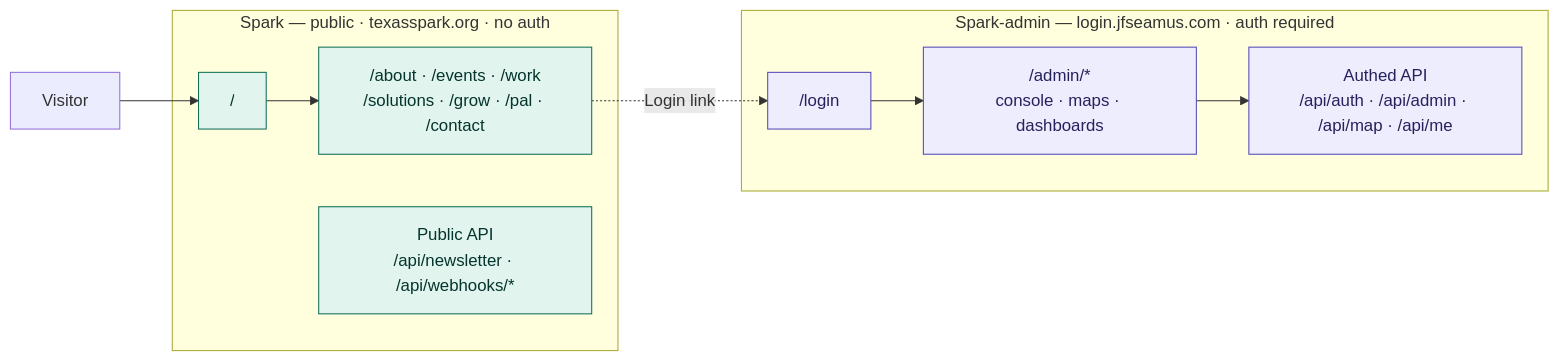
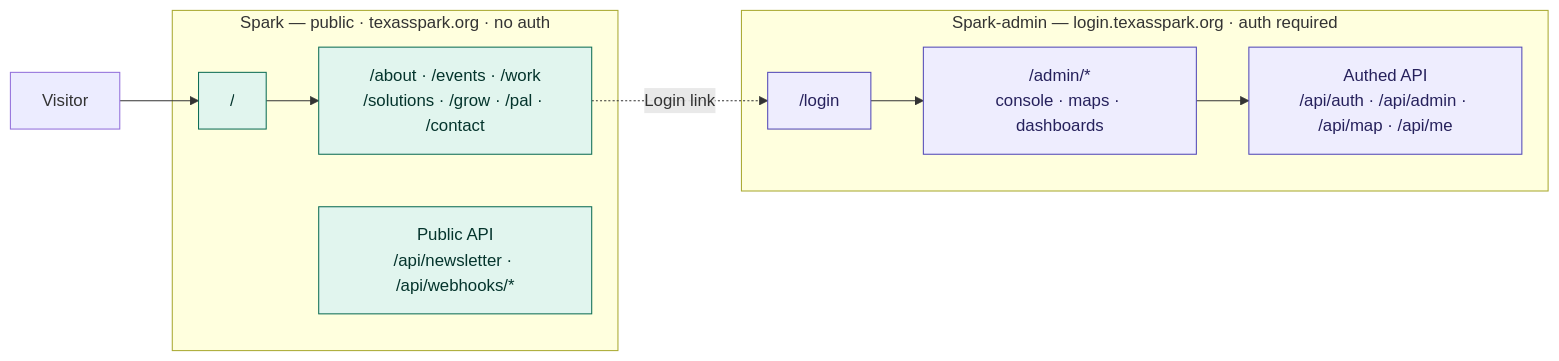
The diagram in docs/sitemap.md (b59-studio/spark), drawn with Mermaid before and after one commit. The commit also changed other lines of this file and 20 other files, not shown here.

````diff
--- a/docs/sitemap.md
+++ b/docs/sitemap.md
@@ -14,27 +14,27 @@
 ```mermaid
 graph LR
     visitor[Visitor]
 
     subgraph spark["Spark — public · texasspark.org · no auth"]
         home["/"]
         marketing["/about · /events · /work<br/>/solutions · /grow · /pal · /contact"]
         papi["Public API<br/>/api/newsletter · /api/webhooks/*"]
     end
 
-    subgraph admin["Spark-admin — login.jfseamus.com · auth required"]
+    subgraph admin["Spark-admin — login.texasspark.org · auth required"]
         login["/login"]
         console["/admin/*<br/>console · maps · dashboards"]
         aapi["Authed API<br/>/api/auth · /api/admin · /api/map · /api/me"]
     end
 
     visitor --> home
     home --> marketing
     marketing -.->|Login link| login
     login --> console
     console --> aapi
 
     classDef pub fill:#E1F5EE,stroke:#0F6E56,color:#04342C;
     classDef sec fill:#EEEDFE,stroke:#534AB7,color:#26215C;
     class home,marketing,papi pub;
     class login,console,aapi sec;
 ```
````
